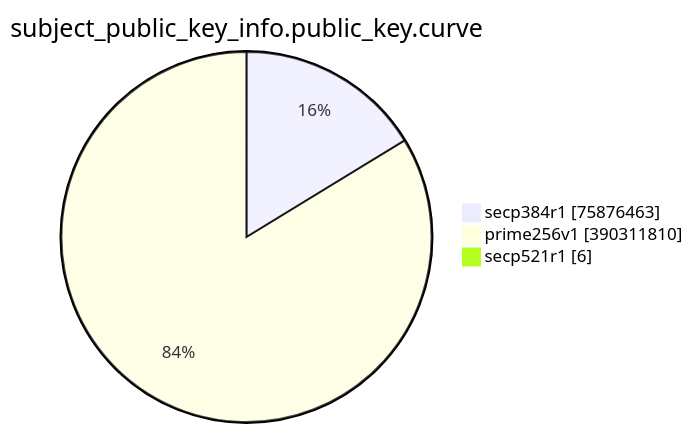
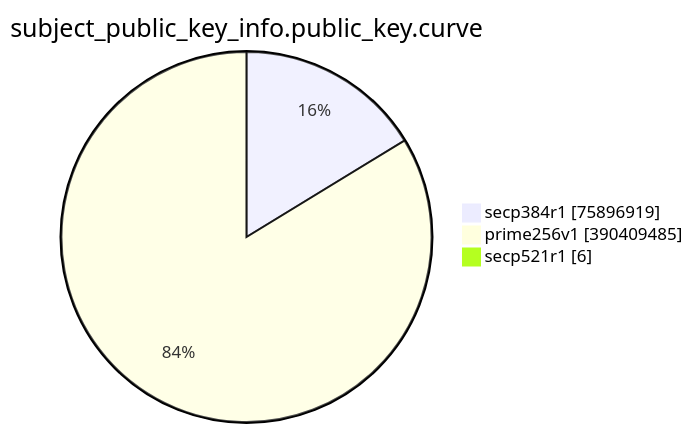
Before and after one commit to christiankrug/ctmonitor_visualization: the eighth of 15 diagrams in TOTAL/README.md, drawn with Mermaid. The commit also changed other lines of this file, not shown here.

````diff
--- a/TOTAL/README.md
+++ b/TOTAL/README.md
@@ -3094,7 +3094,7 @@
 ```mermaid
 pie showData
 title subject_public_key_info.public_key.curve
-"secp384r1" :75876463
-"prime256v1" :390311810
+"secp384r1" :75896919
+"prime256v1" :390409485
 "secp521r1" :6
 ```
````
